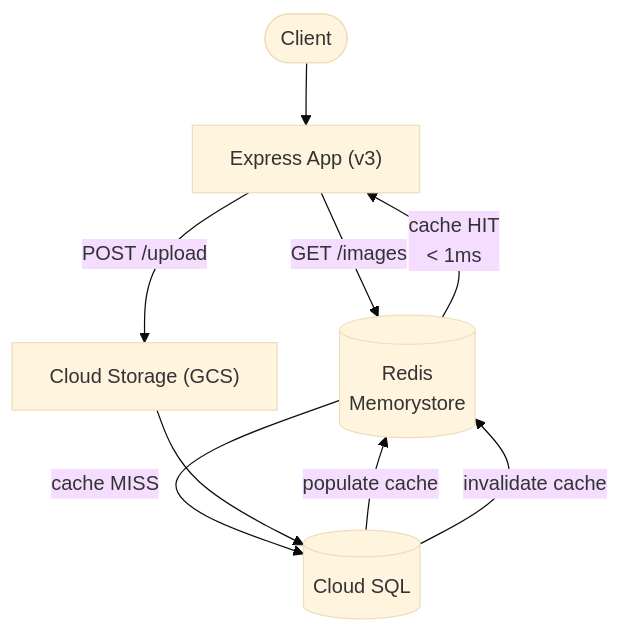
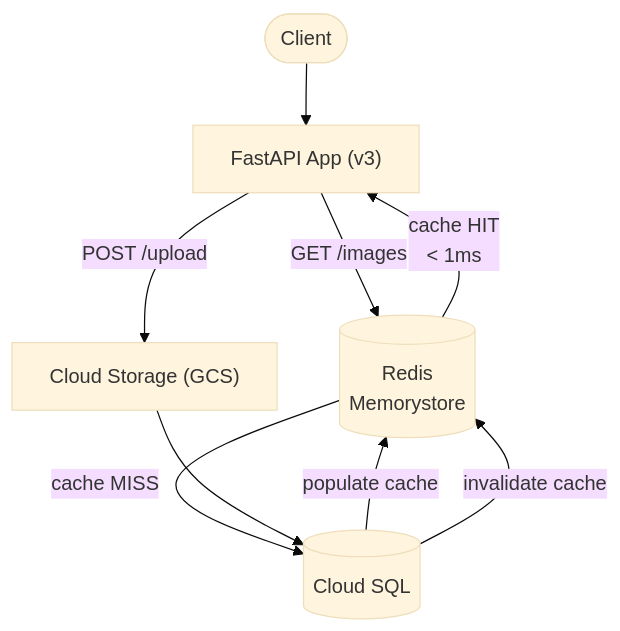
The diagram in web_app_gcp/phase2_performance/01_caching_memorystore.md (ulises-jimenez07/cc-gcp), drawn with Mermaid (base theme) before and after one commit. The commit also changed other lines of this file and 37 other files, not shown here.

Commit message:
refactor: update to fast api app

````diff
--- a/web_app_gcp/phase2_performance/01_caching_memorystore.md
+++ b/web_app_gcp/phase2_performance/01_caching_memorystore.md
@@ -7,11 +7,11 @@
 ```mermaid
 graph TD
-    Client([Client]) --> App["Express App (v3)"]
+    Client([Client]) --> App["FastAPI App (v3)"]
     App -- "GET /images" --> Redis[("Redis\nMemorystore")]
     Redis -- "cache HIT\n< 1ms" --> App
     Redis -- "cache MISS" --> SQL[("Cloud SQL")]
     SQL -- "populate cache" --> Redis
     App -- "POST /upload" --> GCS["Cloud Storage (GCS)"]
     GCS --> SQL
     SQL -- "invalidate cache" --> Redis
 ```
````
